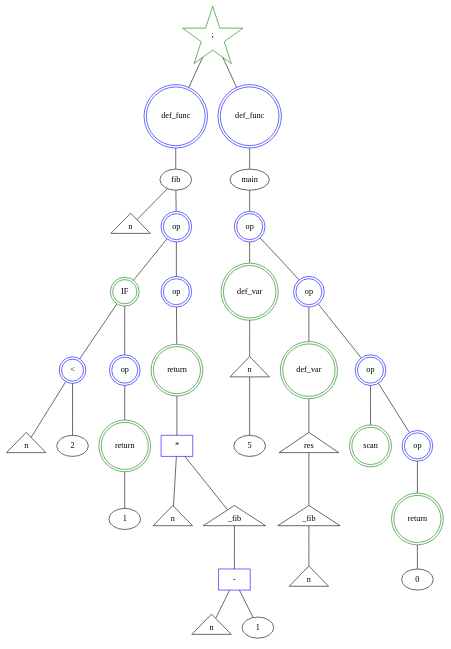
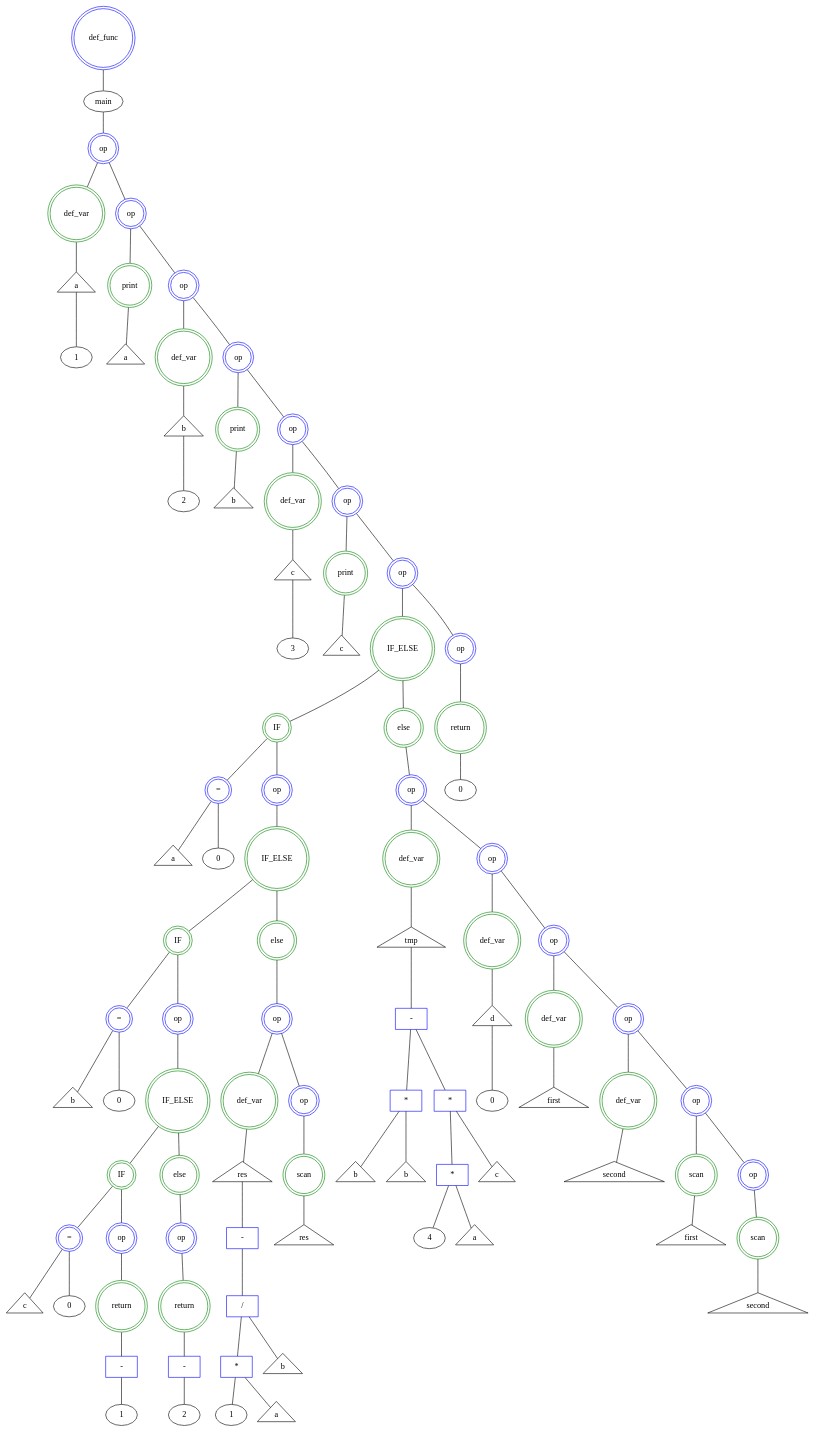
The diagram in gr1.dot (vvdvortsova/the_cure_language), drawn with Graphviz before and after one commit. The commit also changed 7 other files, not shown here.

```diff
--- a/gr1.dot
+++ b/gr1.dot
@@ -1,79 +1,200 @@
 graph astdump {
-_0P[shape=star, color=green,label=";"]
-_0P -- _10DF;
-_10DF[shape=doublecircle, color=blue,label="def_func"]
-_0P -- _21DF;
-_21DF[shape=doublecircle, color=blue,label="def_func"]
-_10DF[shape=doublecircle, color=blue,label="def_func"]
-_10DF -- _9FN;
-_9FN [label="fib"]
-_9FN -- _3V;
-_3V [shape=triangle,label="n"]
-_9FN -- _6OP;
-_6OP[shape=doublecircle, color=blue,label="op"]
-_6OP -- _7SO;
-_6OP -- _9OP;
-_7SO[shape=doublecircle, color=green,label="IF"]
-_7SO -- _5BOP;
-_7SO -- _4OP;
-_5BOP[shape=doublecircle, color=blue,label="<"]
-_5BOP -- _8V;
-_8V [shape=triangle,label="n"]
-_5BOP -- _10N2;
-_10N2 [label="2"]
-_4OP[shape=doublecircle, color=blue,label="op"]
-_4OP -- _1SO;
-_1SO[shape=doublecircle, color=green,label="return"]
-_1SO -- _14N1;
-_14N1 [label="1"]
-_9OP[shape=doublecircle, color=blue,label="op"]
-_9OP -- _6SO;
-_6SO[shape=doublecircle, color=green,label="return"]
-_6SO -- _28MO3;
-_28MO3 [label="3"]
-_28MO3[shape=box, color=blue,label="*"]
-_28MO3 -- _20V;
-_20V [shape=triangle,label="n"]
-_28MO3 -- _22CF;
-_22CF [shape=triangle,label="_fib"]
-_22CF [shape=triangle,label="_fib"]
-_22CF -- _27MO1;
-_27MO1 [label="1"]
-_27MO1[shape=box, color=blue,label="-"]
-_27MO1 -- _24V;
-_24V [shape=triangle,label="n"]
-_27MO1 -- _26N1;
-_26N1 [label="1"]
-_21DF[shape=doublecircle, color=blue,label="def_func"]
-_21DF -- _20FN;
-_20FN [label="main"]
-_20FN -- _13OP;
-_13OP[shape=doublecircle, color=blue,label="op"]
-_13OP -- _37SO;
-_13OP -- _15OP;
-_37SO[shape=doublecircle, color=green,label="def_var"]
-_37SO -- _38V;
-_38V [shape=triangle,label="n"]
-_38V -- _40N5;
-_40N5 [label="5"]
+_93DF[shape=doublecircle, color=blue,label="def_func"]
+_93DF -- _92FN;
+_92FN [label="main"]
+_92FN -- _3OP;
+_3OP[shape=doublecircle, color=blue,label="op"]
+_3OP -- _5SO;
+_3OP -- _7OP;
+_5SO[shape=doublecircle, color=green,label="def_var"]
+_5SO -- _6V;
+_6V [shape=triangle,label="a"]
+_6V -- _8N1;
+_8N1 [label="1"]
+_7OP[shape=doublecircle, color=blue,label="op"]
+_7OP -- _14SO;
+_7OP -- _11OP;
+_14SO[shape=doublecircle, color=green,label="print"]
+_14SO -- _12V;
+_12V [shape=triangle,label="a"]
+_11OP[shape=doublecircle, color=blue,label="op"]
+_11OP -- _15SO;
+_11OP -- _15OP;
+_15SO[shape=doublecircle, color=green,label="def_var"]
+_15SO -- _16V;
+_16V [shape=triangle,label="b"]
+_16V -- _18N2;
+_18N2 [label="2"]
 _15OP[shape=doublecircle, color=blue,label="op"]
-_15OP -- _42SO;
-_15OP -- _17OP;
-_42SO[shape=doublecircle, color=green,label="def_var"]
-_42SO -- _43V;
-_43V [shape=triangle,label="res"]
-_43V -- _45CF;
-_45CF [shape=triangle,label="_fib"]
-_45CF [shape=triangle,label="_fib"]
-_45CF -- _47V;
-_47V [shape=triangle,label="n"]
-_17OP[shape=doublecircle, color=blue,label="op"]
-_17OP -- _54SO;
-_17OP -- _20OP;
-_54SO[shape=doublecircle, color=green,label="scan"]
-_20OP[shape=doublecircle, color=blue,label="op"]
-_20OP -- _17SO;
-_17SO[shape=doublecircle, color=green,label="return"]
-_17SO -- _57N0;
-_57N0 [label="0"]
+_15OP -- _24SO;
+_15OP -- _19OP;
+_24SO[shape=doublecircle, color=green,label="print"]
+_24SO -- _22V;
+_22V [shape=triangle,label="b"]
+_19OP[shape=doublecircle, color=blue,label="op"]
+_19OP -- _25SO;
+_19OP -- _23OP;
+_25SO[shape=doublecircle, color=green,label="def_var"]
+_25SO -- _26V;
+_26V [shape=triangle,label="c"]
+_26V -- _28N3;
+_28N3 [label="3"]
+_23OP[shape=doublecircle, color=blue,label="op"]
+_23OP -- _34SO;
+_23OP -- _86OP;
+_34SO[shape=doublecircle, color=green,label="print"]
+_34SO -- _32V;
+_32V [shape=triangle,label="c"]
+_86OP[shape=doublecircle, color=blue,label="op"]
+_86OP -- _237SO;
+_86OP -- _91OP;
+_237SO[shape=doublecircle, color=green,label="IF_ELSE"]
+_237SO -- _36SO;
+_237SO -- _147SO;
+_36SO[shape=doublecircle, color=green,label="IF"]
+_36SO -- _24BOP;
+_36SO -- _56OP;
+_24BOP[shape=doublecircle, color=blue,label="="]
+_24BOP -- _37V;
+_37V [shape=triangle,label="a"]
+_24BOP -- _39N0;
+_39N0 [label="0"]
+_56OP[shape=doublecircle, color=blue,label="op"]
+_56OP -- _140SO;
+_140SO[shape=doublecircle, color=green,label="IF_ELSE"]
+_140SO -- _43SO;
+_140SO -- _113SO;
+_43SO[shape=doublecircle, color=green,label="IF"]
+_43SO -- _25BOP;
+_43SO -- _42OP;
+_25BOP[shape=doublecircle, color=blue,label="="]
+_25BOP -- _44V;
+_44V [shape=triangle,label="b"]
+_25BOP -- _46N0;
+_46N0 [label="0"]
+_42OP[shape=doublecircle, color=blue,label="op"]
+_42OP -- _106SO;
+_106SO[shape=doublecircle, color=green,label="IF_ELSE"]
+_106SO -- _50SO;
+_106SO -- _93SO;
+_50SO[shape=doublecircle, color=green,label="IF"]
+_50SO -- _26BOP;
+_50SO -- _31OP;
+_26BOP[shape=doublecircle, color=blue,label="="]
+_26BOP -- _51V;
+_51V [shape=triangle,label="c"]
+_26BOP -- _53N0;
+_53N0 [label="0"]
+_31OP[shape=doublecircle, color=blue,label="op"]
+_31OP -- _27SO;
+_27SO[shape=doublecircle, color=green,label="return"]
+_27SO -- _59MO1;
+_59MO1 [label="1"]
+_59MO1[shape=box, color=blue,label="-"]
+_59MO1 -- _58N1;
+_58N1 [label="1"]
+_93SO[shape=doublecircle, color=green,label="else"]
+_93SO -- _37OP;
+_37OP[shape=doublecircle, color=blue,label="op"]
+_37OP -- _33SO;
+_33SO[shape=doublecircle, color=green,label="return"]
+_33SO -- _66MO1;
+_66MO1 [label="1"]
+_66MO1[shape=box, color=blue,label="-"]
+_66MO1 -- _65N2;
+_65N2 [label="2"]
+_113SO[shape=doublecircle, color=green,label="else"]
+_113SO -- _47OP;
+_47OP[shape=doublecircle, color=blue,label="op"]
+_47OP -- _72SO;
+_47OP -- _51OP;
+_72SO[shape=doublecircle, color=green,label="def_var"]
+_72SO -- _73V;
+_73V [shape=triangle,label="res"]
+_73V -- _81MO1;
+_81MO1 [label="1"]
+_81MO1[shape=box, color=blue,label="-"]
+_81MO1 -- _81MO2;
+_81MO2 [label="2"]
+_81MO2[shape=box, color=blue,label="/"]
+_81MO2 -- _79MO3;
+_79MO3 [label="3"]
+_81MO2 -- _80V;
+_80V [shape=triangle,label="b"]
+_79MO3[shape=box, color=blue,label="*"]
+_79MO3 -- _76N1;
+_76N1 [label="1"]
+_79MO3 -- _78V;
+_78V [shape=triangle,label="a"]
+_51OP[shape=doublecircle, color=blue,label="op"]
+_51OP -- _86SO;
+_86SO[shape=doublecircle, color=green,label="scan"]
+_86SO -- _84V;
+_84V [shape=triangle,label="res"]
+_147SO[shape=doublecircle, color=green,label="else"]
+_147SO -- _61OP;
+_61OP[shape=doublecircle, color=blue,label="op"]
+_61OP -- _92SO;
+_61OP -- _65OP;
+_92SO[shape=doublecircle, color=green,label="def_var"]
+_92SO -- _93V;
+_93V [shape=triangle,label="tmp"]
+_93V -- _104MO1;
+_104MO1 [label="1"]
+_104MO1[shape=box, color=blue,label="-"]
+_104MO1 -- _98MO3;
+_98MO3 [label="3"]
+_104MO1 -- _104MO3;
+_104MO3 [label="3"]
+_98MO3[shape=box, color=blue,label="*"]
+_98MO3 -- _95V;
+_95V [shape=triangle,label="b"]
+_98MO3 -- _97V;
+_97V [shape=triangle,label="b"]
+_104MO3[shape=box, color=blue,label="*"]
+_104MO3 -- _102MO3;
+_102MO3 [label="3"]
+_104MO3 -- _103V;
+_103V [shape=triangle,label="c"]
+_102MO3[shape=box, color=blue,label="*"]
+_102MO3 -- _99N4;
+_99N4 [label="4"]
+_102MO3 -- _101V;
+_101V [shape=triangle,label="a"]
+_65OP[shape=doublecircle, color=blue,label="op"]
+_65OP -- _105SO;
+_65OP -- _69OP;
+_105SO[shape=doublecircle, color=green,label="def_var"]
+_105SO -- _106V;
+_106V [shape=triangle,label="d"]
+_106V -- _108N0;
+_108N0 [label="0"]
+_69OP[shape=doublecircle, color=blue,label="op"]
+_69OP -- _110SO;
+_69OP -- _73OP;
+_110SO[shape=doublecircle, color=green,label="def_var"]
+_110SO -- _111V;
+_111V [shape=triangle,label="first"]
+_73OP[shape=doublecircle, color=blue,label="op"]
+_73OP -- _127SO;
+_73OP -- _77OP;
+_127SO[shape=doublecircle, color=green,label="def_var"]
+_127SO -- _128V;
+_128V [shape=triangle,label="second"]
+_77OP[shape=doublecircle, color=blue,label="op"]
+_77OP -- _148SO;
+_77OP -- _81OP;
+_148SO[shape=doublecircle, color=green,label="scan"]
+_148SO -- _146V;
+_146V [shape=triangle,label="first"]
+_81OP[shape=doublecircle, color=blue,label="op"]
+_81OP -- _153SO;
+_153SO[shape=doublecircle, color=green,label="scan"]
+_153SO -- _151V;
+_151V [shape=triangle,label="second"]
+_91OP[shape=doublecircle, color=blue,label="op"]
+_91OP -- _87SO;
+_87SO[shape=doublecircle, color=green,label="return"]
+_87SO -- _157N0;
+_157N0 [label="0"]
 }
```
